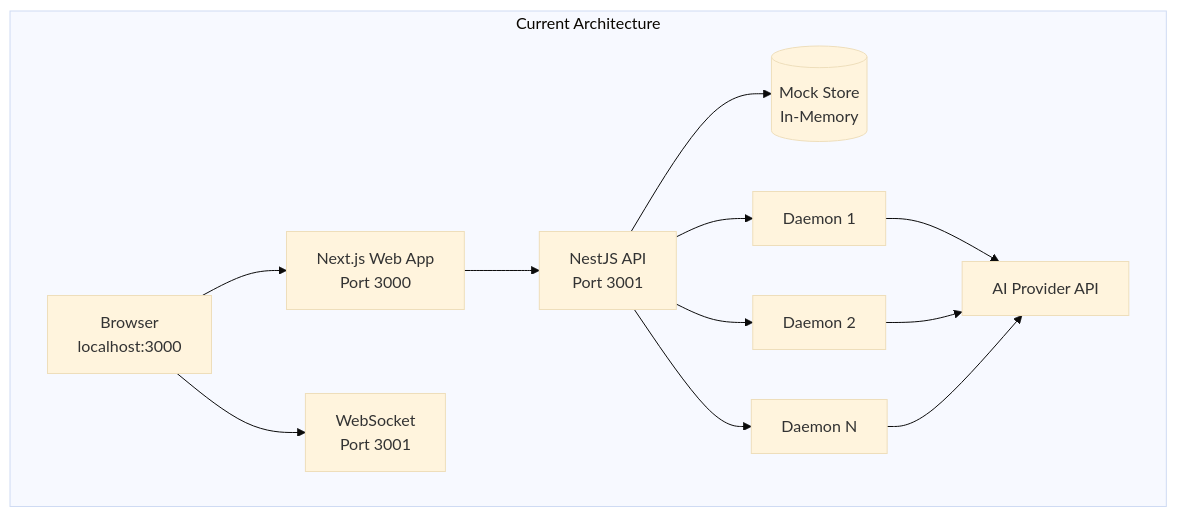
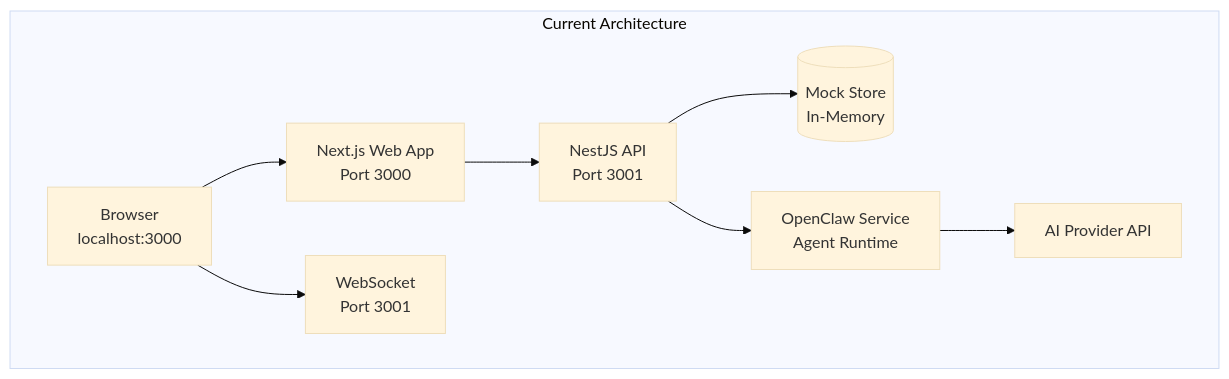
Before and after one commit to pde-rent/monokeros: the first of 3 diagrams in docs/getting-started/self-hosting.md, drawn with Mermaid (base theme). The commit also changed other lines of this file and 31 other files, not shown here.

First line of the commit message:
feat: rewrite docs for OpenClaw, add acceptance criteria and artifact models

````diff
--- a/docs/getting-started/self-hosting.md
+++ b/docs/getting-started/self-hosting.md
@@ -16,25 +16,19 @@
 ```mermaid
 graph TB
     subgraph Current["Current Architecture"]
         Browser[Browser<br/>localhost:3000]
         Web[Next.js Web App<br/>Port 3000]
         API[NestJS API<br/>Port 3001]
         WS[WebSocket<br/>Port 3001]
         Mock[(Mock Store<br/>In-Memory)]
-        D1[Daemon 1]
-        D2[Daemon 2]
-        D3[Daemon N]
+        OCS[OpenClaw Service<br/>Agent Runtime]
         LLM[AI Provider API]
 
         Browser --> Web
         Web --> API
         Browser --> WS
         API --> Mock
-        API --> D1
-        API --> D2
-        API --> D3
-        D1 --> LLM
-        D2 --> LLM
-        D3 --> LLM
+        API --> OCS
+        OCS --> LLM
     end
 ```
````
